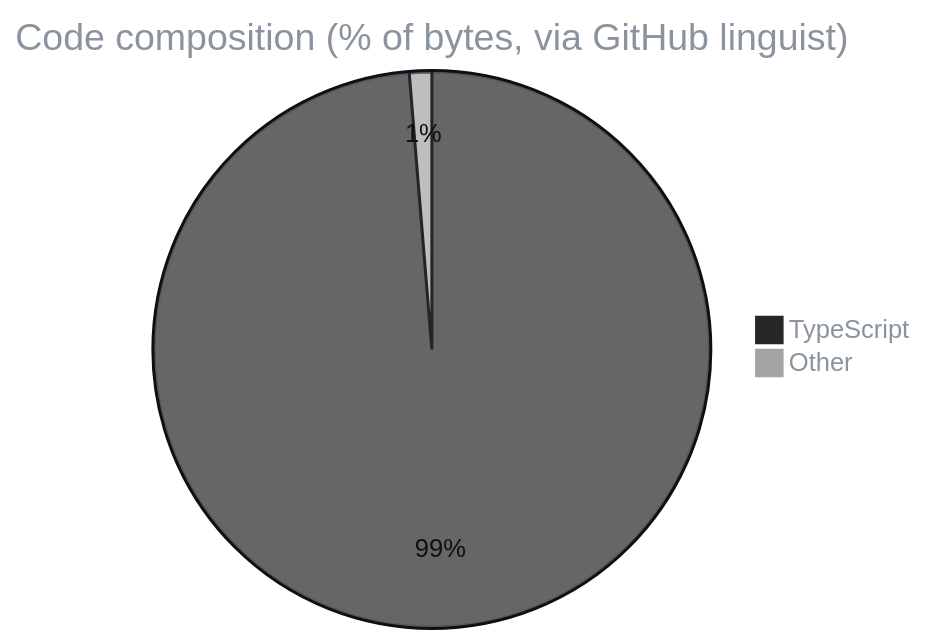
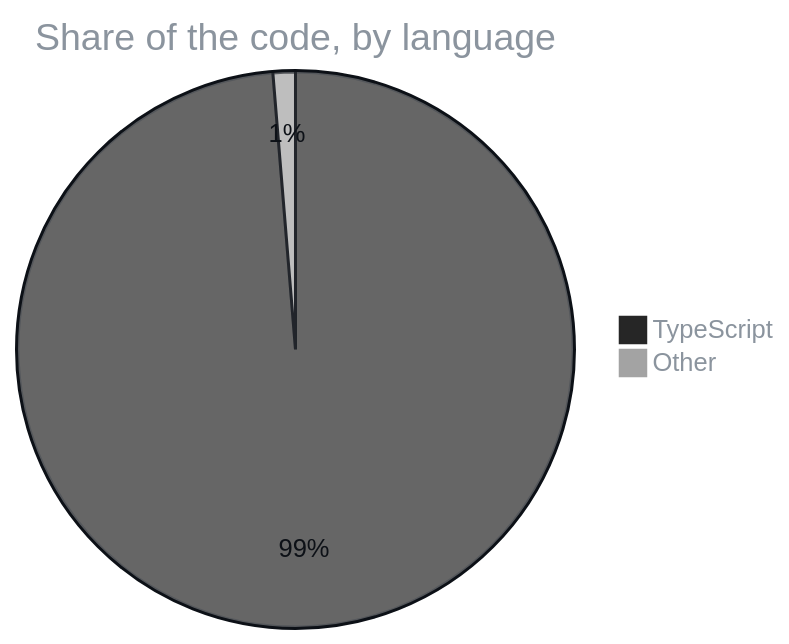
The fourth of 4 diagrams in README.md (F0rger123/ultimate-crm-template), drawn with Mermaid before and after one commit. The commit also changed other lines of this file and 4 other files, not shown here.

````diff
--- a/README.md
+++ b/README.md
@@ -122,6 +125,6 @@
 ```mermaid
 %%{init: {'theme':'base','themeVariables':{'pie1':'#262626','pie2':'#a3a3a3','pie3':'#64748b','pie4':'#94a3b8','pie5':'#475569','pie6':'#cbd5e1','pie7':'#334155','pieStrokeColor':'#0d1117','pieOuterStrokeColor':'#0d1117','pieTitleTextColor':'#8b949e','pieLegendTextColor':'#8b949e','pieSectionTextColor':'#0d1117'}}}%%
-pie title Code composition (% of bytes, via GitHub linguist)
+pie title Share of the code, by language
     "TypeScript" : 98.7
     "Other" : 1.3
 ```
````
